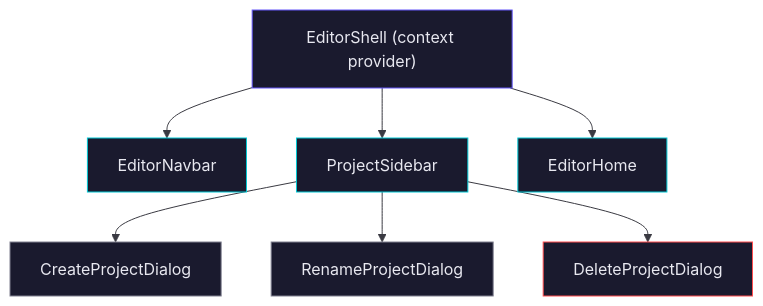
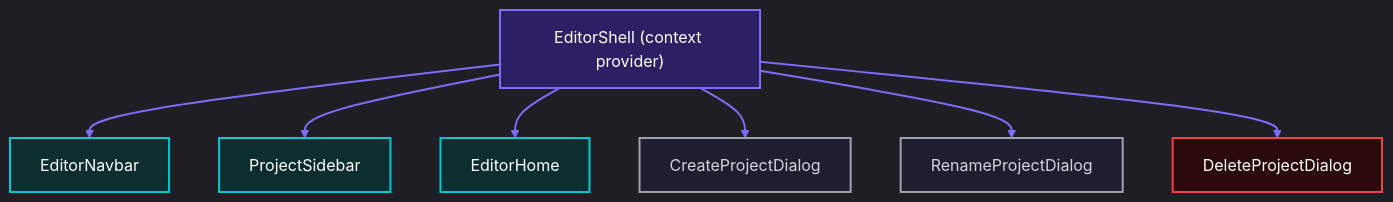
Before and after one commit to areddin409/ghost_ai: the diagram in context/ui-context.md, drawn with Mermaid. The commit also changed other lines of this file and 12 other files, not shown here.

````diff
--- a/context/ui-context.md
+++ b/context/ui-context.md
@@ -118,37 +118,30 @@
 ```mermaid
-%%{init: {'theme': 'base', 'themeVariables': {
-  'background': '#0d0d12',
-  'mainBkg': '#1a1a2e',
-  'primaryColor': '#1a1a2e',
-  'primaryBorderColor': '#6457f9',
-  'primaryTextColor': '#e8e8f0',
-  'lineColor': '#3a3a42',
-  'secondaryColor': '#1a1a2e',
-  'tertiaryColor': '#0d0d12',
-  'edgeLabelBackground': '#1a1a2e',
-  'clusterBkg': '#0d0d12'
-}}}%%
+%%{init: {'theme': 'dark', 'themeVariables': {'lineColor': '#7c6ef9', 'edgeLabelBackground': '#16122a'}}}%%
 flowchart TD
     Shell["EditorShell (context provider)"]
     Navbar["EditorNavbar"]
     Sidebar["ProjectSidebar"]
     Home["EditorHome"]
     Create["CreateProjectDialog"]
     Rename["RenameProjectDialog"]
     Delete["DeleteProjectDialog"]
 
     Shell --> Navbar
     Shell --> Sidebar
     Shell --> Home
-    Sidebar --> Create
-    Sidebar --> Rename
-    Sidebar --> Delete
+    Shell --> Create
+    Shell --> Rename
+    Shell --> Delete
 
-    style Shell fill:#1a1a2e,stroke:#6457f9,color:#e8e8f0
-    style Navbar fill:#1a1a2e,stroke:#00c8d4,color:#e8e8f0
-    style Sidebar fill:#1a1a2e,stroke:#00c8d4,color:#e8e8f0
-    style Home fill:#1a1a2e,stroke:#00c8d4,color:#e8e8f0
-    style Create fill:#1a1a2e,stroke:#808090,color:#e8e8f0
-    style Rename fill:#1a1a2e,stroke:#808090,color:#e8e8f0
-    style Delete fill:#1a1a2e,stroke:#ff4d4f,color:#e8e8f0
+    classDef root fill:#2d1f63,stroke:#7c6ef9,color:#fff,stroke-width:2px
+    classDef component fill:#0d2e2e,stroke:#00c8d4,color:#fff,stroke-width:2px
+    classDef dialog fill:#1e1e2e,stroke:#9ca3af,color:#d1d5db,stroke-width:2px
+    classDef danger fill:#2a0a0a,stroke:#ef4444,color:#fff,stroke-width:2px
+
+    class Shell root
+    class Navbar,Sidebar,Home component
+    class Create,Rename dialog
+    class Delete danger
+
+    linkStyle default stroke:#7c6ef9,stroke-width:2px
 ```
````
